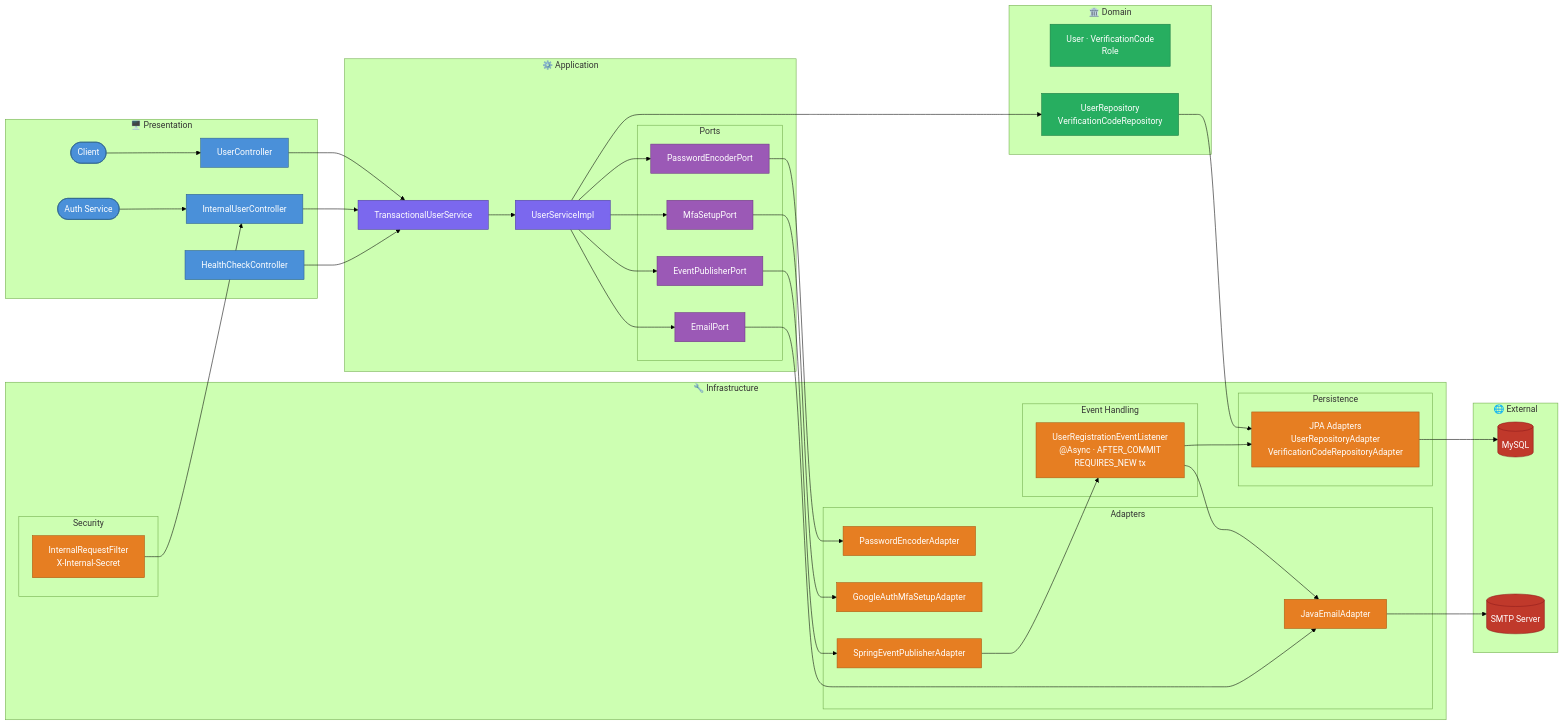
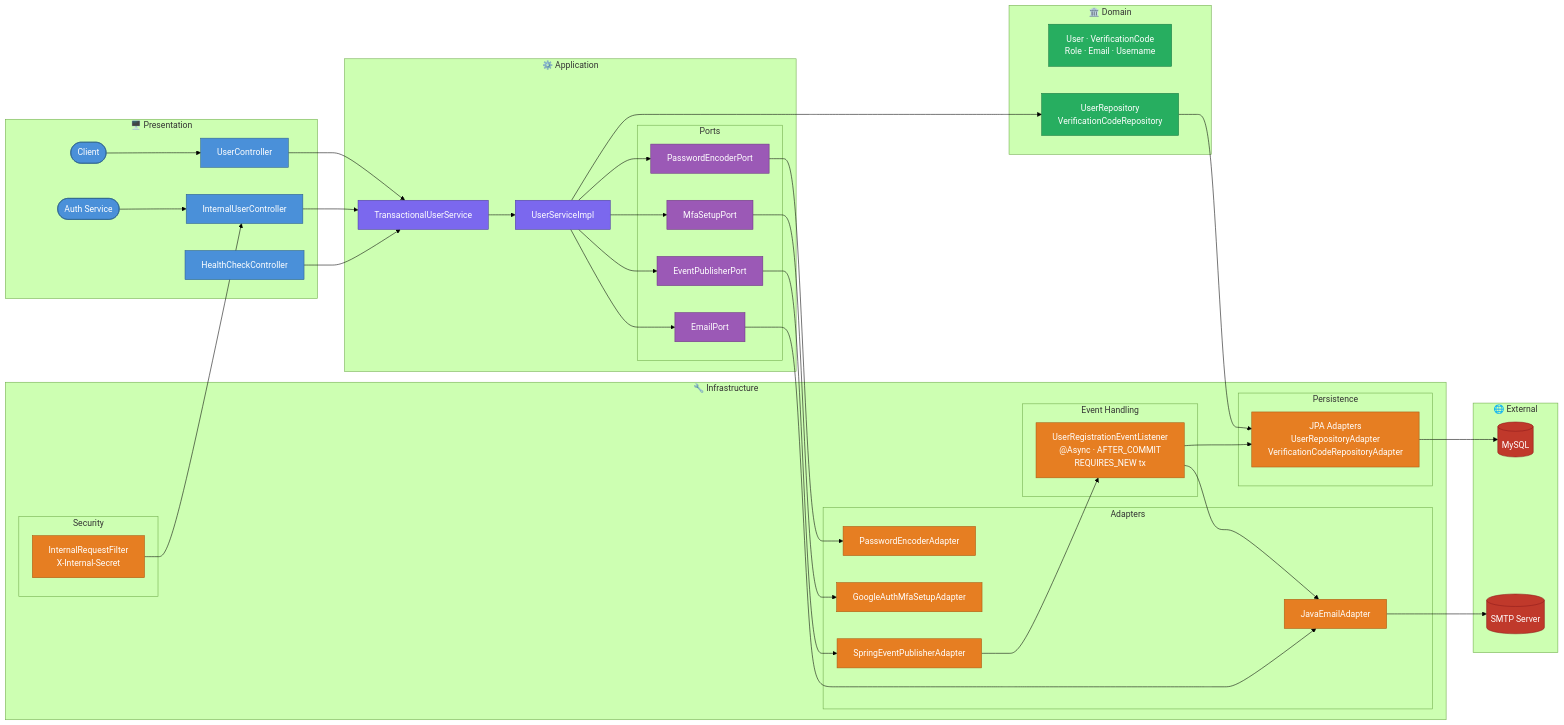
One commit to mrzodeczko-dev/security-platform changed the second of 2 diagrams in services/user-service/README.md. Above: the diagram before and after it, drawn with Mermaid (forest theme). The commit also changed other lines of this file and 13 other files, not shown here.

````diff
--- a/services/user-service/README.md
+++ b/services/user-service/README.md
@@ -236,76 +236,76 @@
 ```mermaid
 graph LR
     classDef presentation fill:#4a90d9,stroke:#2c5f8a,color:#fff
     classDef application fill:#7b68ee,stroke:#4a3aa0,color:#fff
     classDef port fill:#9b59b6,stroke:#6c3483,color:#fff
     classDef domain fill:#27ae60,stroke:#1a7a42,color:#fff
     classDef infra fill:#e67e22,stroke:#a85a0f,color:#fff
     classDef external fill:#c0392b,stroke:#8e1a1a,color:#fff
 
     subgraph PRESENTATION["🖥️ Presentation"]
         C([Client])
         AS([Auth Service])
         UC[UserController]
         IUC[InternalUserController]
         HC[HealthCheckController]
     end
 
     subgraph APPLICATION["⚙️ Application"]
         US[UserServiceImpl]
         TUS[TransactionalUserService]
         subgraph PORTS["Ports"]
             EP[EmailPort]
             EVP[EventPublisherPort]
             MP[MfaSetupPort]
             PP[PasswordEncoderPort]
         end
     end
 
     subgraph DOMAIN["🏛️ Domain"]
-        UM["User · VerificationCode<br/>Role"]
+        UM["User · VerificationCode<br/>Role · Email · Username"]
         UR["UserRepository<br/>VerificationCodeRepository"]
     end
 
     subgraph INFRASTRUCTURE["🔧 Infrastructure"]
         subgraph ADAPTERS["Adapters"]
             JEA[JavaEmailAdapter]
             GMA[GoogleAuthMfaSetupAdapter]
             SEA[SpringEventPublisherAdapter]
             PEA[PasswordEncoderAdapter]
         end
         subgraph PERSISTENCE["Persistence"]
             JPA["JPA Adapters<br/>UserRepositoryAdapter<br/>VerificationCodeRepositoryAdapter"]
         end
         subgraph EVENTS["Event Handling"]
             UREL["UserRegistrationEventListener<br/>@Async · AFTER_COMMIT<br/>REQUIRES_NEW tx"]
         end
         subgraph SECURITY["Security"]
             IRF["InternalRequestFilter<br/>X-Internal-Secret"]
         end
     end
 
     subgraph EXTERNAL["🌐 External"]
         DB[(MySQL)]
         SMTP[(SMTP Server)]
     end
 
     C --> UC
     AS --> IUC
     UC & IUC & HC --> TUS --> US
     US --> EP & EVP & MP & PP & UR
     EP --> JEA --> SMTP
     EVP --> SEA --> UREL
     UREL --> JEA
     UREL --> JPA
     MP --> GMA
     PP --> PEA
     UR --> JPA --> DB
     IRF --> IUC
 
     class C,AS,UC,IUC,HC presentation
     class US,TUS application
     class EP,EVP,MP,PP port
     class UM,UR domain
     class JEA,GMA,SEA,PEA,JPA,UREL,IRF infra
     class DB,SMTP external
 ```
````
